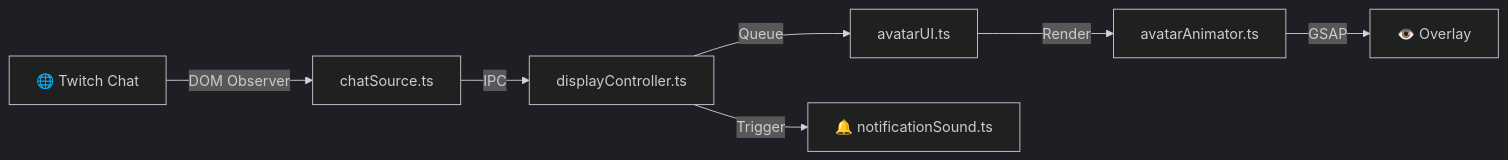
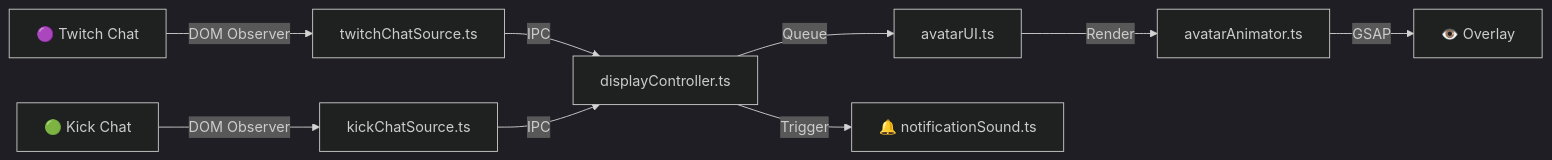
Before and after one commit to solvelab/keeping-an-eye-on-the-chat: the diagram in README.md, drawn with Mermaid (dark theme). The commit also changed other lines of this file and 34 other files, not shown here.

````diff
--- a/README.md
+++ b/README.md
@@ -256,9 +265,11 @@
 ```mermaid
 graph LR
-    A[🌐 Twitch Chat] -->|DOM Observer| B[chatSource.ts]
+    A[🟣 Twitch Chat] -->|DOM Observer| B[twitchChatSource.ts]
+    A2[🟢 Kick Chat] -->|DOM Observer| B2[kickChatSource.ts]
     B -->|IPC| C[displayController.ts]
+    B2 -->|IPC| C
     C -->|Queue| D[avatarUI.ts]
     C -->|Trigger| G[🔔 notificationSound.ts]
     D -->|Render| E[avatarAnimator.ts]
     E -->|GSAP| F[👁️ Overlay]
 ```
````
